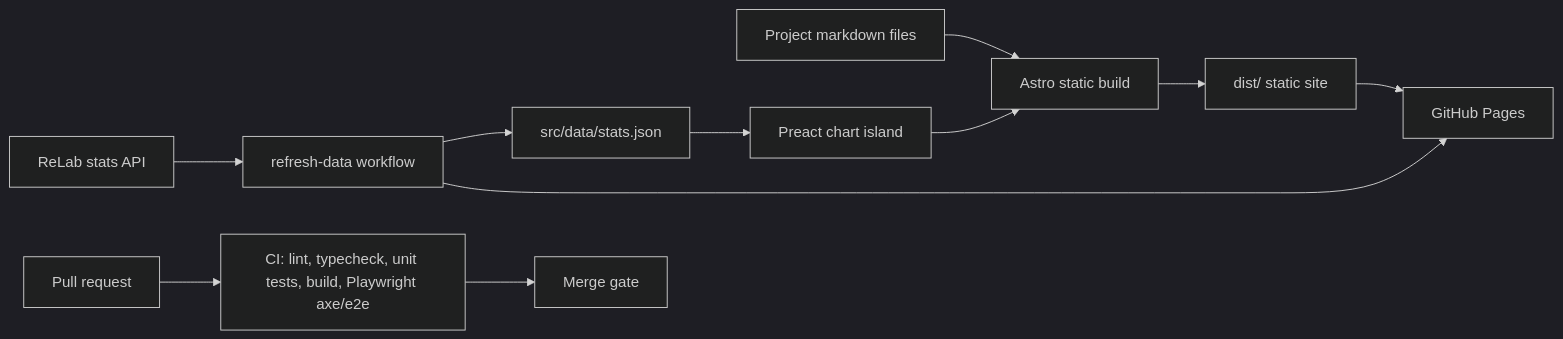
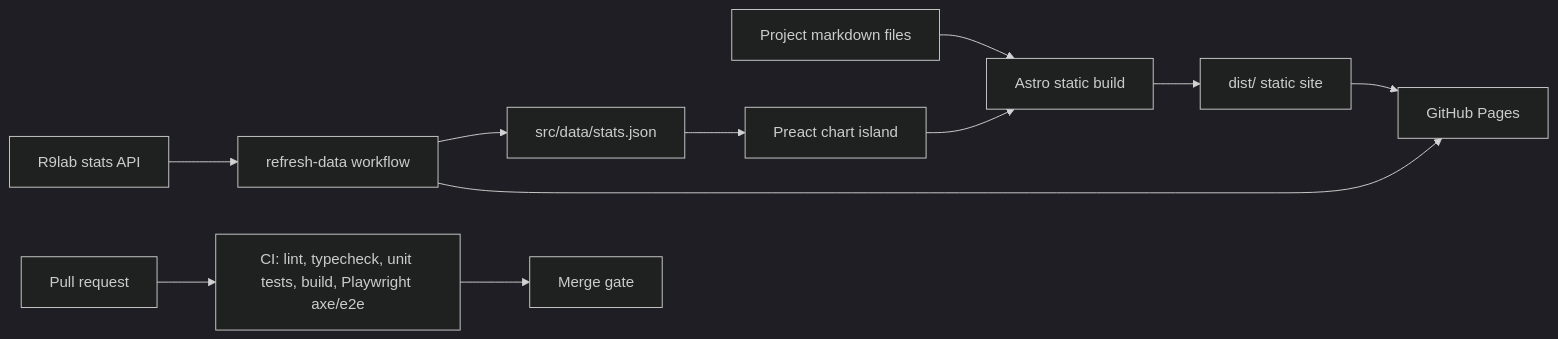
Before and after one commit to simonvanlierde/simonvanlierde.github.io: the diagram in docs/architecture.md, drawn with Mermaid (dark theme). The commit also changed other lines of this file and 11 other files, not shown here.

````diff
--- a/docs/architecture.md
+++ b/docs/architecture.md
@@ -5,15 +5,15 @@
 ```mermaid
 flowchart LR
   author[Project markdown files] --> astro[Astro static build]
   stats[src/data/stats.json] --> island[Preact chart island]
   island --> astro
   astro --> dist[dist/ static site]
   dist --> pages[GitHub Pages]
 
-  relab[ReLab stats API] --> refresh[refresh-data workflow]
+  r9lab[R9lab stats API] --> refresh[refresh-data workflow]
   refresh --> stats
   refresh --> pages
 
   pr[Pull request] --> ci[CI: lint, typecheck, unit tests, build, Playwright axe/e2e]
   ci --> review[Merge gate]
 ```
````
